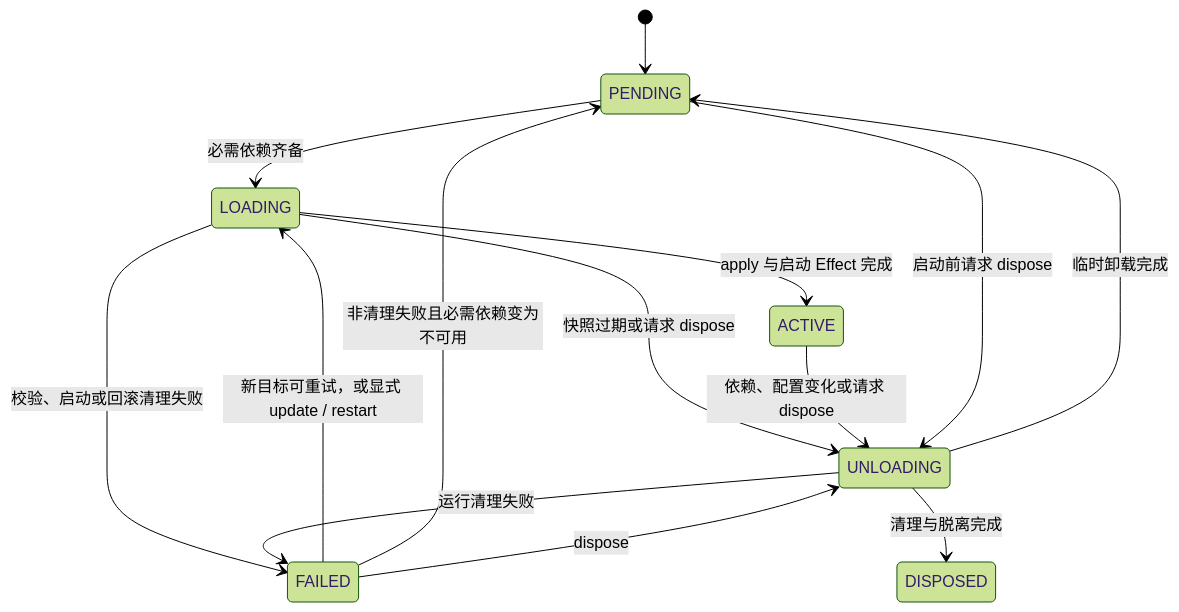
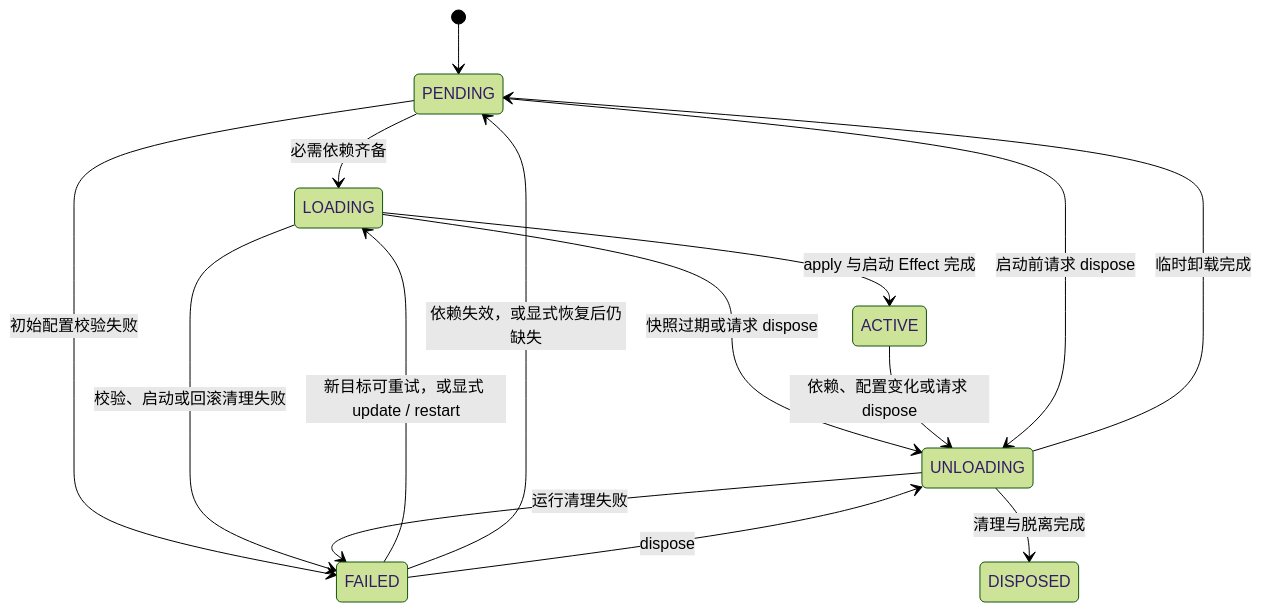
The diagram in docs/concepts.md (fanfan-de/NyaCore), drawn with Mermaid (forest theme) before and after one commit. The commit also changed other lines of this file and 6 other files, not shown here.

````diff
--- a/docs/concepts.md
+++ b/docs/concepts.md
@@ -338,16 +340,17 @@
 ```mermaid
 stateDiagram-v2
     [*] --> PENDING
     PENDING --> LOADING: 必需依赖齐备
+    PENDING --> FAILED: 初始配置校验失败
     LOADING --> ACTIVE: apply 与启动 Effect 完成
     LOADING --> FAILED: 校验、启动或回滚清理失败
     LOADING --> UNLOADING: 快照过期或请求 dispose
     ACTIVE --> UNLOADING: 依赖、配置变化或请求 dispose
     UNLOADING --> FAILED: 运行清理失败
     UNLOADING --> PENDING: 临时卸载完成
     PENDING --> UNLOADING: 启动前请求 dispose
     FAILED --> LOADING: 新目标可重试，或显式 update / restart
-    FAILED --> PENDING: 非清理失败且必需依赖变为不可用
+    FAILED --> PENDING: 依赖失效，或显式恢复后仍缺失
     FAILED --> UNLOADING: dispose
     UNLOADING --> DISPOSED: 清理与脱离完成
 ```
````
